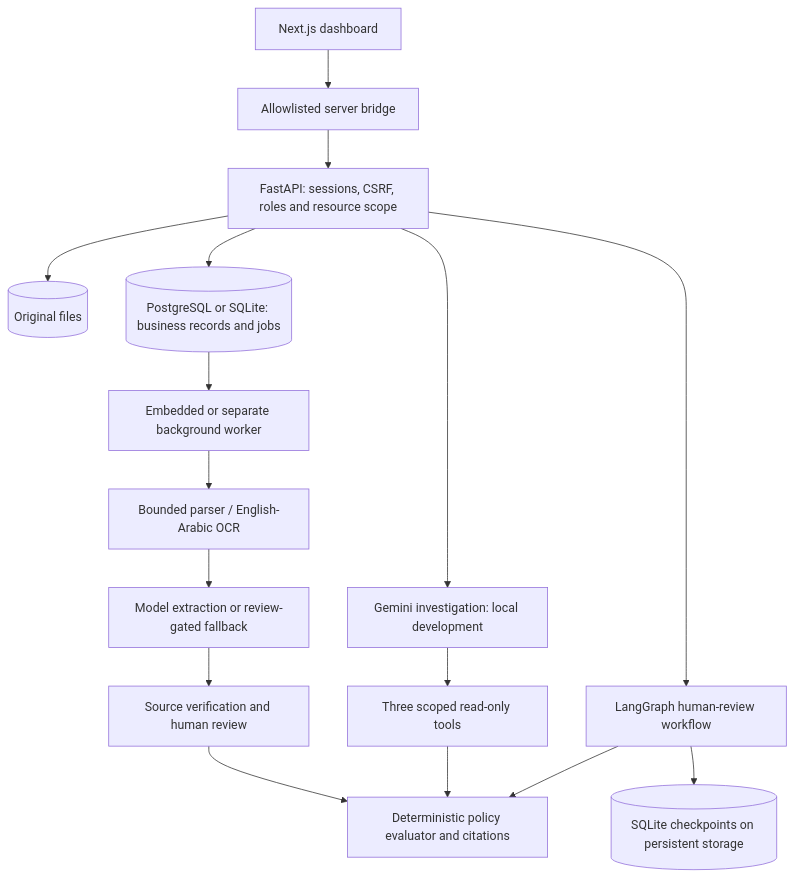
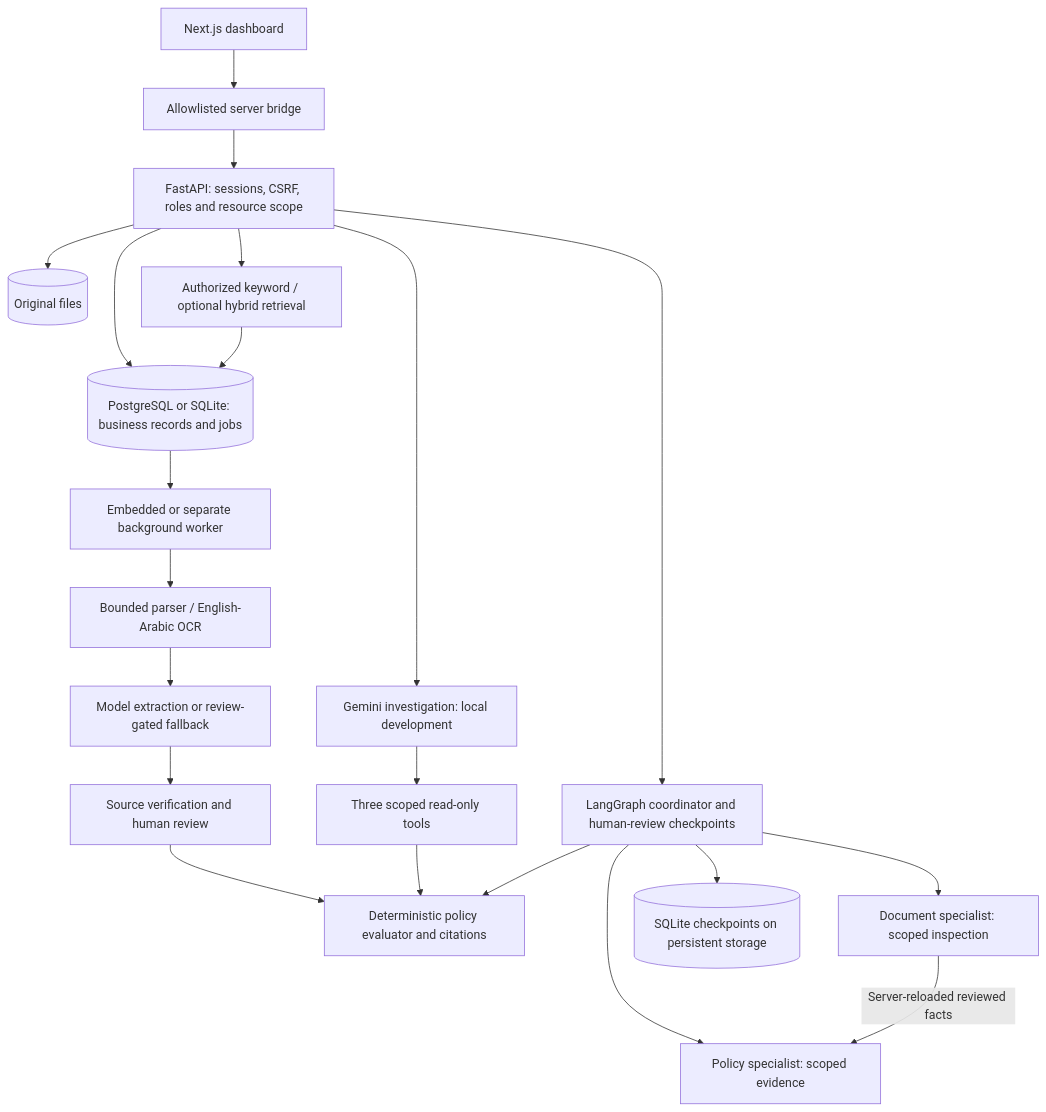
Before and after one commit to Z4iM/enterprise-document-intelligence: the diagram in README.md, drawn with Mermaid. The commit also changed other lines of this file and 21 other files, not shown here.

````diff
--- a/README.md
+++ b/README.md
@@ -86,18 +101,23 @@
 ```mermaid
 flowchart TD
     Browser[Next.js dashboard] --> Bridge[Allowlisted server bridge]
     Bridge --> API[FastAPI: sessions, CSRF, roles and resource scope]
     API --> Files[(Original files)]
     API --> DB[(PostgreSQL or SQLite: business records and jobs)]
     DB --> Worker[Embedded or separate background worker]
     Worker --> Parser[Bounded parser / English-Arabic OCR]
     Parser --> Extract[Model extraction or review-gated fallback]
     Extract --> Review[Source verification and human review]
     Review --> Evaluate[Deterministic policy evaluator and citations]
     API --> Agent[Gemini investigation: local development]
     Agent --> Tools[Three scoped read-only tools]
     Tools --> Evaluate
-    API --> Graph[LangGraph human-review workflow]
+    API --> Search[Authorized keyword / optional hybrid retrieval]
+    Search --> DB
+    API --> Graph[LangGraph coordinator and human-review checkpoints]
+    Graph --> DocAgent[Document specialist: scoped inspection]
+    Graph --> PolicyAgent[Policy specialist: scoped evidence]
+    DocAgent -->|Server-reloaded reviewed facts| PolicyAgent
     Graph --> Checkpoints[(SQLite checkpoints on persistent storage)]
     Graph --> Evaluate
 ```
````
